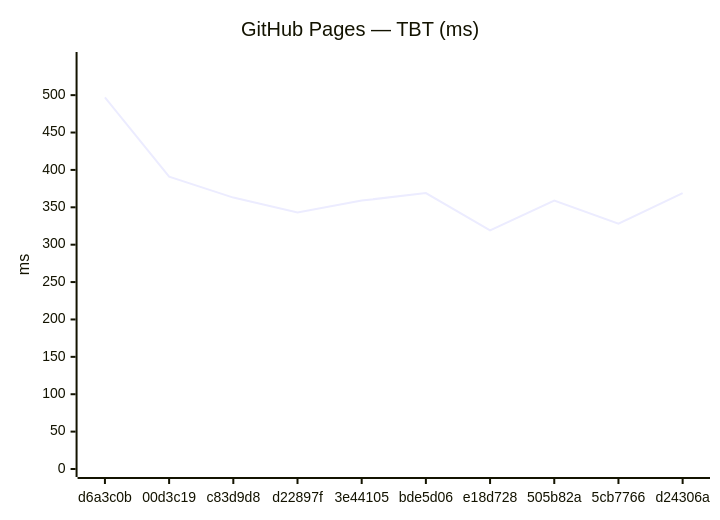
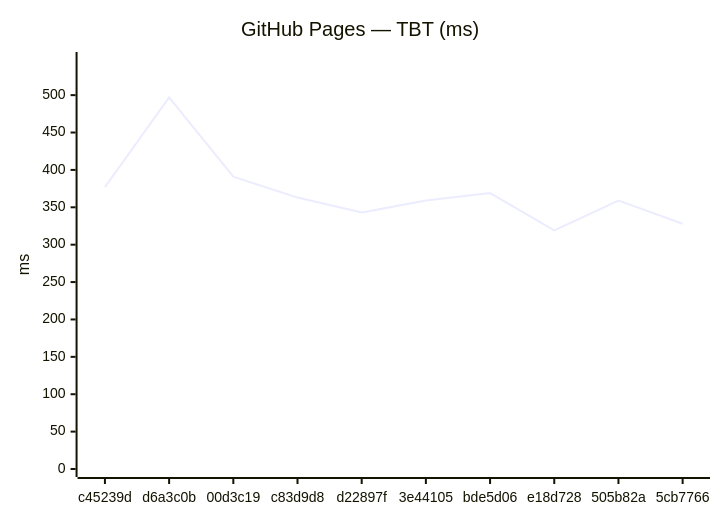
One commit to Metaheurist/Rianell changed the fourth of 18 diagrams in benchmarks/compare.md. Above: the diagram before and after it, drawn with Mermaid. The commit also changed other lines of this file and 11 other files, not shown here.

````diff
--- a/benchmarks/compare.md
+++ b/benchmarks/compare.md
@@ -61,7 +61,7 @@
 ```mermaid
 xychart-beta
     title "GitHub Pages — TBT (ms)"
-    x-axis ["d6a3c0b", "00d3c19", "c83d9d8", "d22897f", "3e44105", "bde5d06", "e18d728", "505b82a", "5cb7766", "d24306a"]
+    x-axis ["c45239d", "d6a3c0b", "00d3c19", "c83d9d8", "d22897f", "3e44105", "bde5d06", "e18d728", "505b82a", "5cb7766"]
     y-axis "ms" 0 --> 547
-    line [497, 391, 363, 343, 359, 369, 319, 359, 328, 369]
+    line [377, 497, 391, 363, 343, 359, 369, 319, 359, 328]
 ```
````
